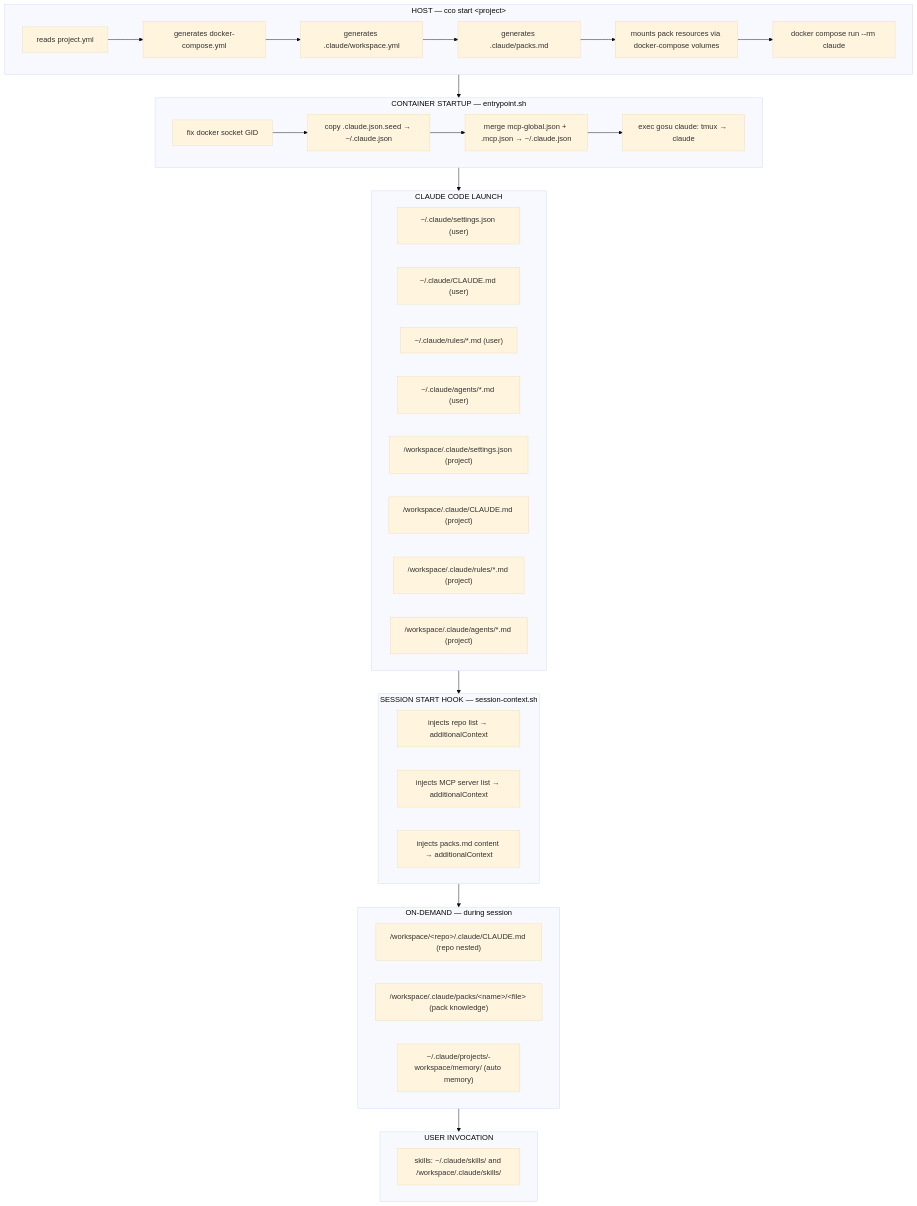
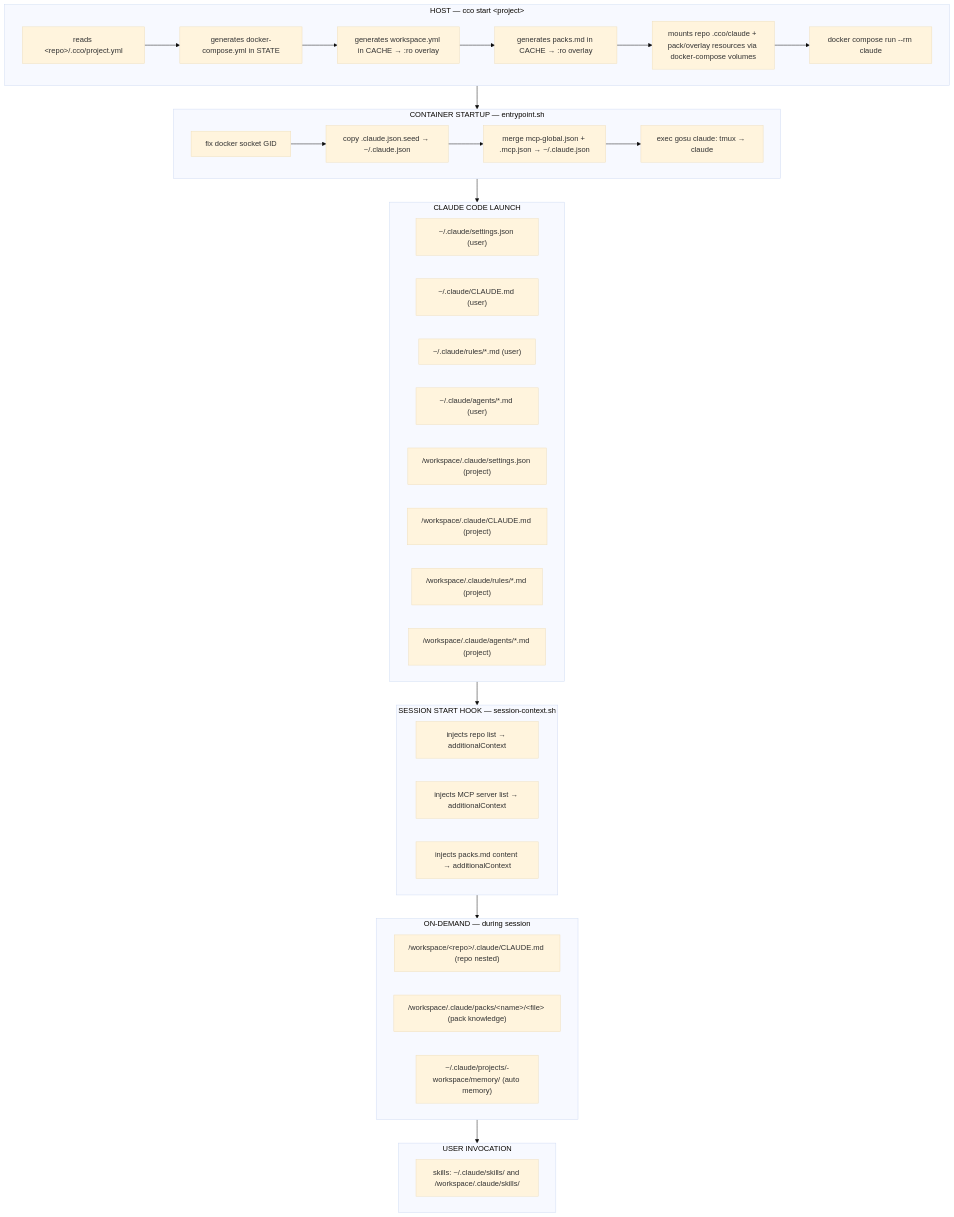
Before and after one commit to alergyonthestage/claude-orchestrator: the diagram in docs/reference/context-hierarchy.md, drawn with Mermaid (base theme). The commit also changed other lines of this file and 23 other files, not shown here.

````diff
--- a/docs/reference/context-hierarchy.md
+++ b/docs/reference/context-hierarchy.md
@@ -725,49 +740,49 @@
 ```mermaid
 graph TD
     subgraph HOST ["HOST — cco start &lt;project&gt;"]
-        H1[reads project.yml]
-        H2[generates docker-compose.yml]
-        H3[generates .claude/workspace.yml]
-        H4[generates .claude/packs.md]
-        H5[mounts pack resources via docker-compose volumes]
+        H1["reads &lt;repo&gt;/.cco/project.yml"]
+        H2["generates docker-compose.yml in STATE"]
+        H3["generates workspace.yml in CACHE → :ro overlay"]
+        H4["generates packs.md in CACHE → :ro overlay"]
+        H5[mounts repo .cco/claude + pack/overlay resources via docker-compose volumes]
         H6[docker compose run --rm claude]
         H1 --> H2 --> H3 --> H4 --> H5 --> H6
     end
 
     subgraph ENTRY ["CONTAINER STARTUP — entrypoint.sh"]
         E1[fix docker socket GID]
         E2[copy .claude.json.seed → ~/.claude.json]
         E3[merge mcp-global.json + .mcp.json → ~/.claude.json]
         E4[exec gosu claude: tmux → claude]
         E1 --> E2 --> E3 --> E4
     end
 
     subgraph LAUNCH ["CLAUDE CODE LAUNCH"]
         L1["~/.claude/settings.json (user)"]
         L2["~/.claude/CLAUDE.md (user)"]
         L3["~/.claude/rules/*.md (user)"]
         L4["~/.claude/agents/*.md (user)"]
         L5["/workspace/.claude/settings.json (project)"]
         L6["/workspace/.claude/CLAUDE.md (project)"]
         L7["/workspace/.claude/rules/*.md (project)"]
         L8["/workspace/.claude/agents/*.md (project)"]
     end
 
     subgraph HOOK ["SESSION START HOOK — session-context.sh"]
         K1[injects repo list → additionalContext]
         K2[injects MCP server list → additionalContext]
         K3[injects packs.md content → additionalContext]
     end
 
     subgraph DEMAND ["ON-DEMAND — during session"]
         D1["/workspace/&lt;repo&gt;/.claude/CLAUDE.md (repo nested)"]
         D2["/workspace/.claude/packs/&lt;name&gt;/&lt;file&gt; (pack knowledge)"]
         D3["~/.claude/projects/-workspace/memory/ (auto memory)"]
     end
 
     subgraph USER ["USER INVOCATION"]
         U1["skills: ~/.claude/skills/ and /workspace/.claude/skills/"]
     end
 
     HOST --> ENTRY --> LAUNCH --> HOOK --> DEMAND --> USER
 ```
````
